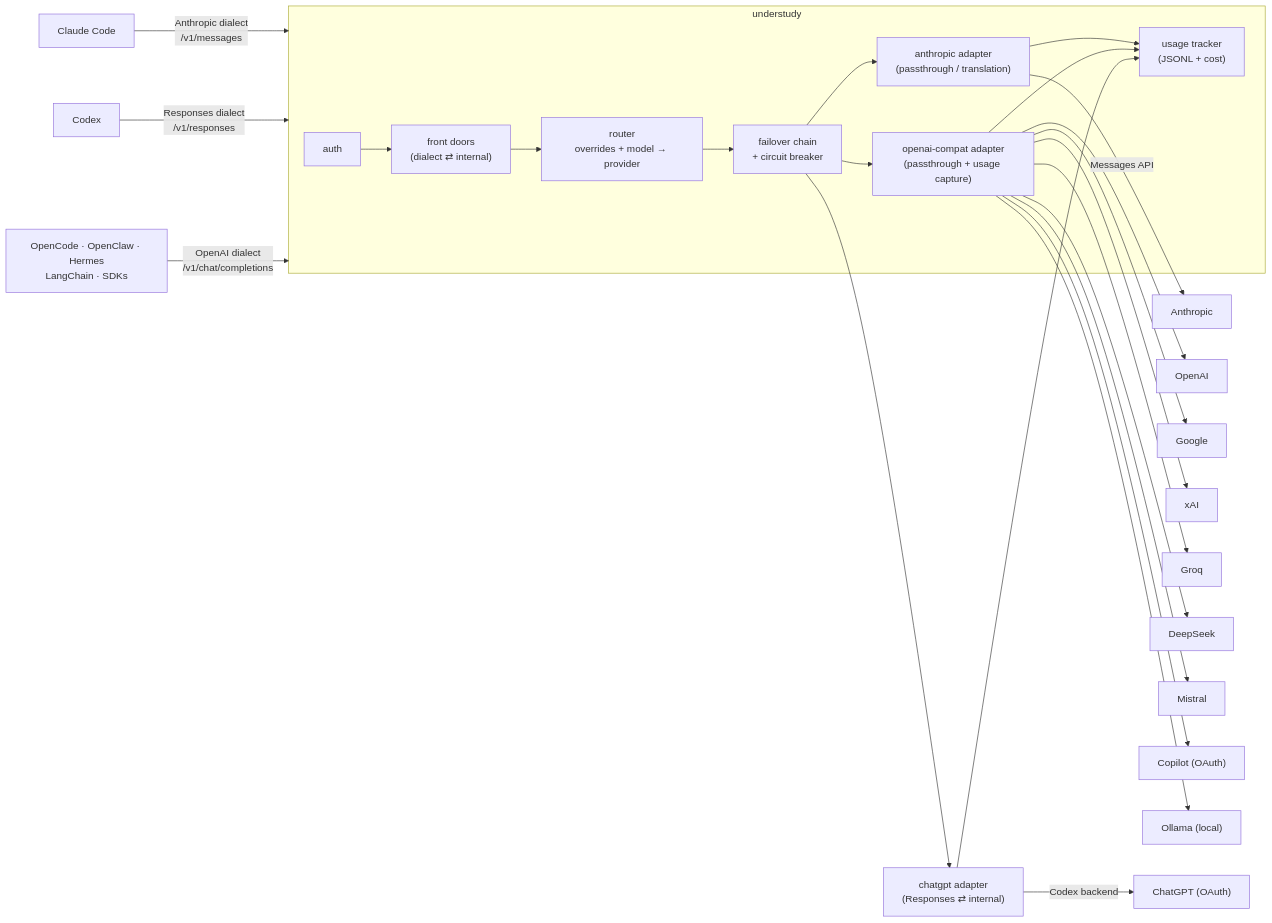
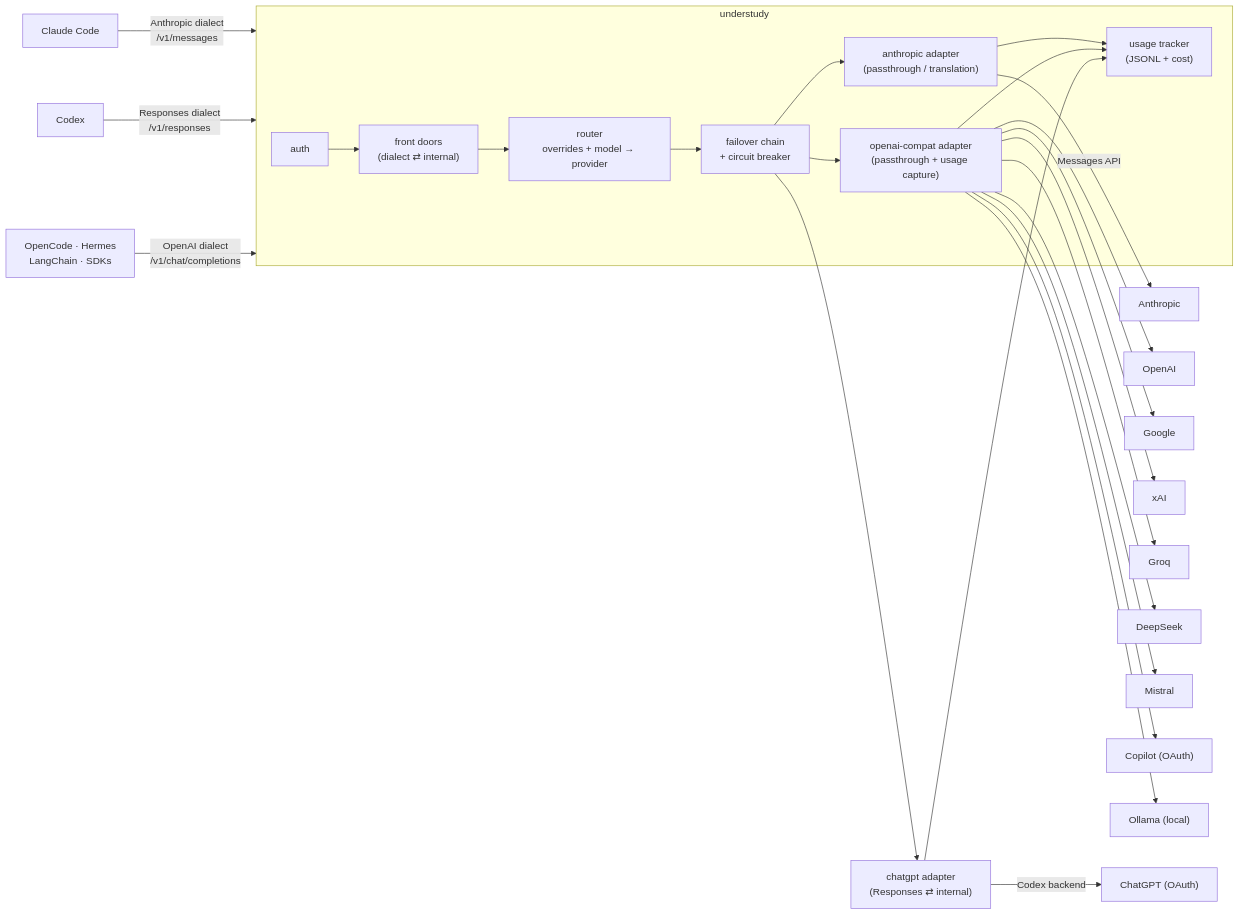
Before and after one commit to ariangibson/understudy: the diagram in README.md, drawn with Mermaid. The commit also changed other lines of this file, not shown here.

First line of the commit message:
copy: seat only the verified cast - drop OpenClaw, refresh harness recipes

````diff
--- a/README.md
+++ b/README.md
@@ -354,21 +344,21 @@
 ```mermaid
 flowchart LR
     CC["Claude Code"] -->|"Anthropic dialect<br/>/v1/messages"| GW
     CX["Codex"] -->|"Responses dialect<br/>/v1/responses"| GW
-    Agent["OpenCode · OpenClaw · Hermes<br/>LangChain · SDKs"] -->|"OpenAI dialect<br/>/v1/chat/completions"| GW
+    Agent["OpenCode · Hermes<br/>LangChain · SDKs"] -->|"OpenAI dialect<br/>/v1/chat/completions"| GW
 
     subgraph GW["understudy"]
         Auth["auth"] --> Front["front doors<br/>(dialect ⇄ internal)"]
         Front --> Router["router<br/>overrides + model → provider"]
         Router --> Chain["failover chain<br/>+ circuit breaker"]
         Chain --> A["anthropic adapter<br/>(passthrough / translation)"]
         Chain --> O["openai-compat adapter<br/>(passthrough + usage capture)"]
         A & O --> Usage["usage tracker<br/>(JSONL + cost)"]
     end
 
     A -->|"Messages API"| Anthropic["Anthropic"]
     O --> OpenAI["OpenAI"] & Google["Google"] & xAI["xAI"] & Groq["Groq"] & DeepSeek["DeepSeek"] & Mistral["Mistral"] & Copilot["Copilot (OAuth)"] & Ollama["Ollama (local)"]
     Chain --> CG["chatgpt adapter<br/>(Responses ⇄ internal)"]
     CG -->|"Codex backend"| ChatGPT["ChatGPT (OAuth)"]
     CG --> Usage
 ```
````
